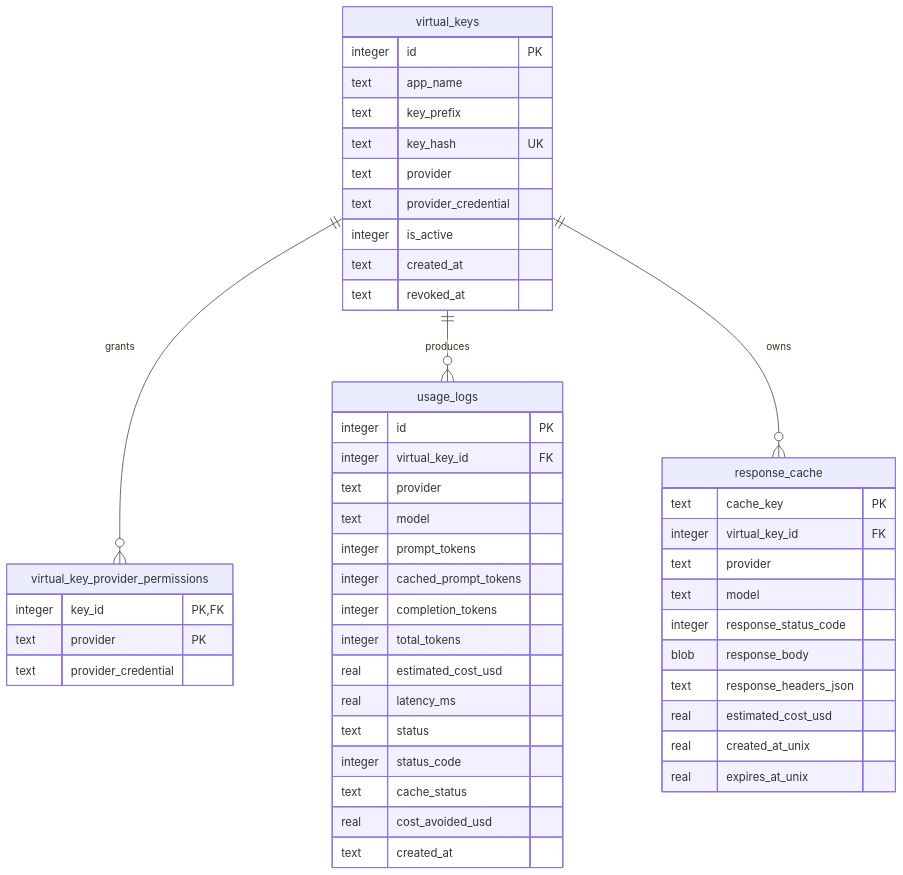
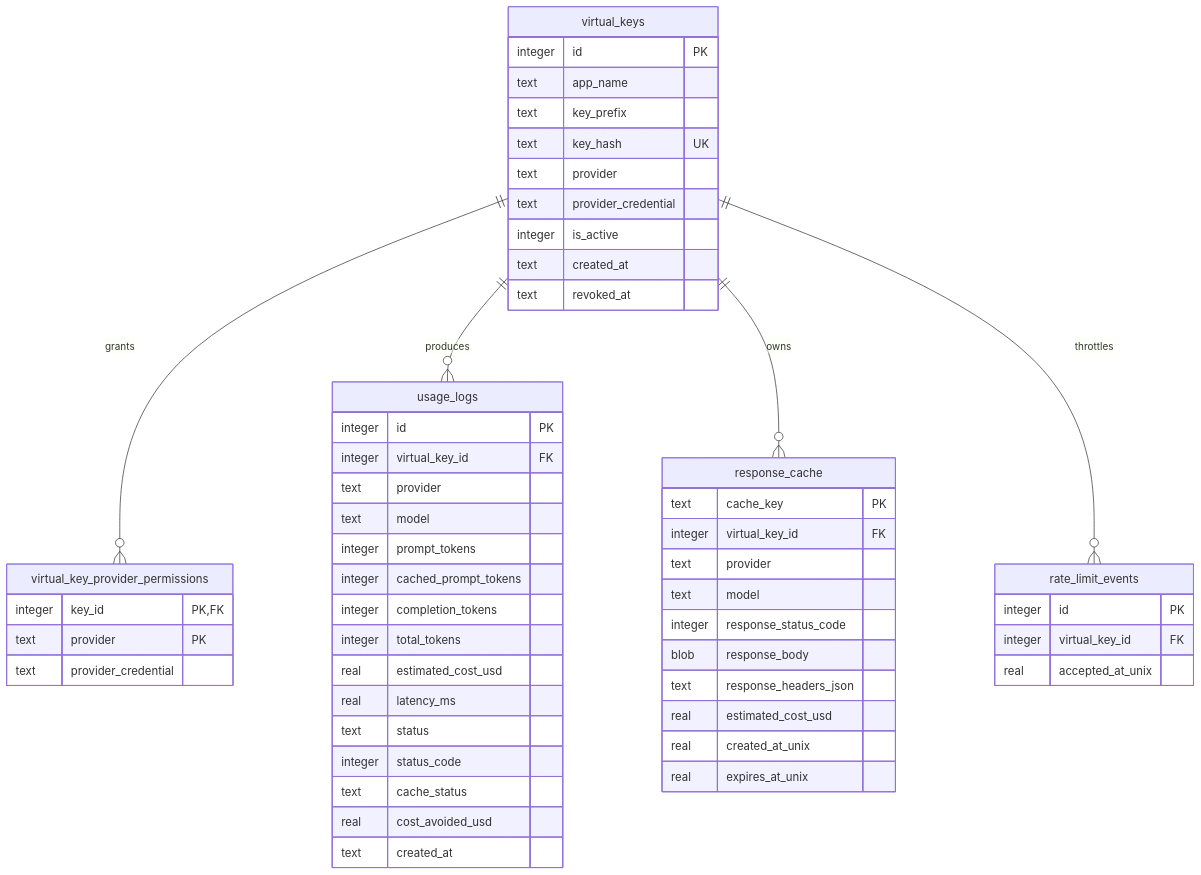
The third of 3 diagrams in ARCHITECTURE.md (Nithish-Yenaganti/proxyllm), drawn with Mermaid before and after one commit. The commit also changed other lines of this file and 9 other files, not shown here.

````diff
--- a/ARCHITECTURE.md
+++ b/ARCHITECTURE.md
@@ -177,55 +183,62 @@
 ```mermaid
 erDiagram
     virtual_keys ||--o{ virtual_key_provider_permissions : grants
     virtual_keys ||--o{ usage_logs : produces
     virtual_keys ||--o{ response_cache : owns
+    virtual_keys ||--o{ rate_limit_events : throttles
 
     virtual_keys {
         integer id PK
         text app_name
         text key_prefix
         text key_hash UK
         text provider
         text provider_credential
         integer is_active
         text created_at
         text revoked_at
     }
 
     virtual_key_provider_permissions {
         integer key_id PK, FK
         text provider PK
         text provider_credential
     }
 
     usage_logs {
         integer id PK
         integer virtual_key_id FK
         text provider
         text model
         integer prompt_tokens
         integer cached_prompt_tokens
         integer completion_tokens
         integer total_tokens
         real estimated_cost_usd
         real latency_ms
         text status
         integer status_code
         text cache_status
         real cost_avoided_usd
         text created_at
     }
 
     response_cache {
         text cache_key PK
         integer virtual_key_id FK
         text provider
         text model
         integer response_status_code
         blob response_body
         text response_headers_json
         real estimated_cost_usd
         real created_at_unix
         real expires_at_unix
     }
+
+    rate_limit_events {
+        integer id PK
+        integer virtual_key_id FK
+        real accepted_at_unix
+    }
 ```
````
